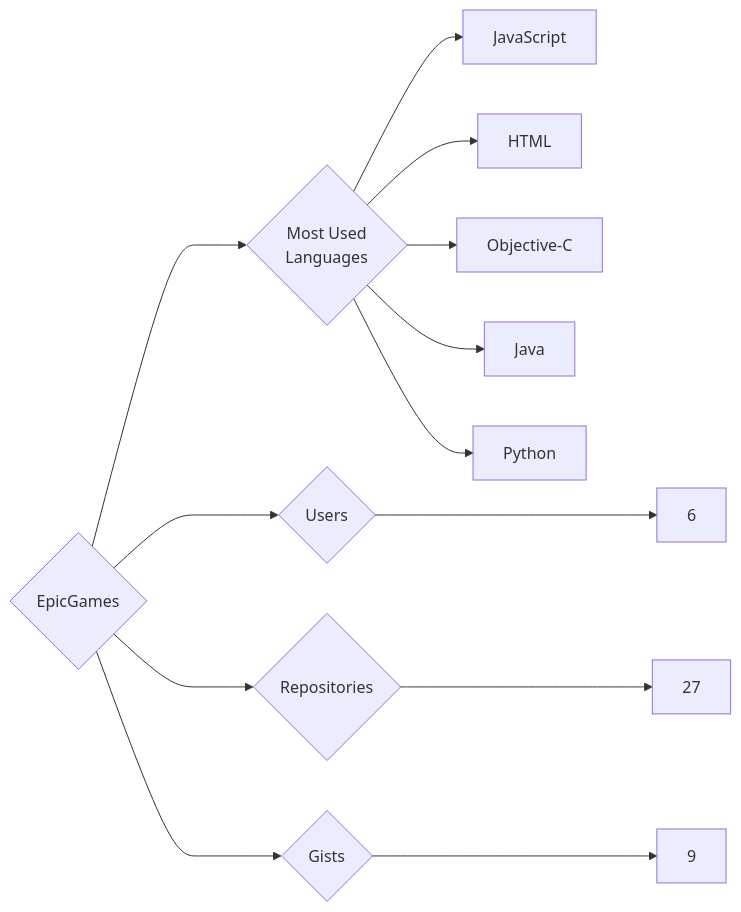
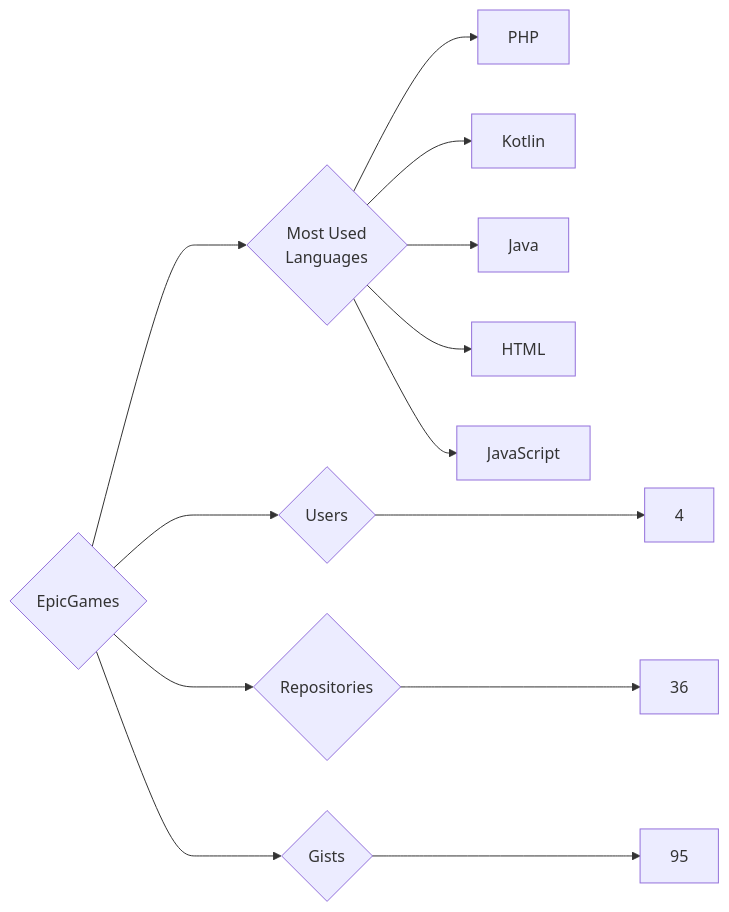
The diagram in targets/EpicGames/README.md (trickest/insiders), drawn with Mermaid before and after one commit. The commit also changed 857 other files, not shown here.

````diff
--- a/targets/EpicGames/README.md
+++ b/targets/EpicGames/README.md
@@ -3,13 +3,13 @@
 ```mermaid
 graph LR
 COMPANY_NAME{EpicGames}
-COMPANY_NAME ---> U{Users} ---> UN[6]
-COMPANY_NAME ---> R{Repositories} ---> RN[27]
-COMPANY_NAME ---> G{Gists} ---> GN[9]
+COMPANY_NAME ---> U{Users} ---> UN[4]
+COMPANY_NAME ---> R{Repositories} ---> RN[36]
+COMPANY_NAME ---> G{Gists} ---> GN[95]
 COMPANY_NAME ---> ML{Most Used<br>Languages}
+ML --> PHP[PHP]
+ML --> Kotlin[Kotlin]
+ML --> Java[Java]
+ML --> HTML[HTML]
 ML --> JavaScript[JavaScript]
-ML --> HTML[HTML]
-ML --> Objective-C[Objective-C]
-ML --> Java[Java]
-ML --> Python[Python]
 ```
````
